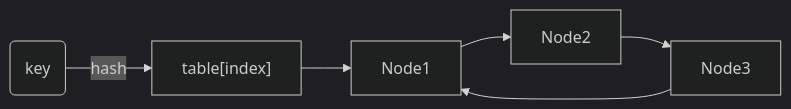
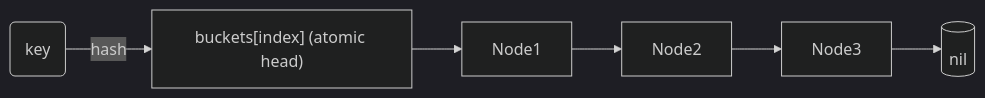
One commit to feichai0017/NoKV changed the diagram in docs/hotring.md. Above: the diagram before and after it, drawn with Mermaid (dark theme). The commit also changed other lines of this file and 7 other files, not shown here.

````diff
--- a/docs/hotring.md
+++ b/docs/hotring.md
@@ -30,8 +30,8 @@
 ```mermaid
 flowchart LR
-  Key(key) -->|hash| Bucket["table[index]"]
+  Key(key) -->|hash| Bucket["buckets[index] (atomic head)"]
   Bucket --> Node1
   Node1 --> Node2
   Node2 --> Node3
-  Node3 --> Node1
+  Node3 --> Nil[(nil)]
 ```
````
